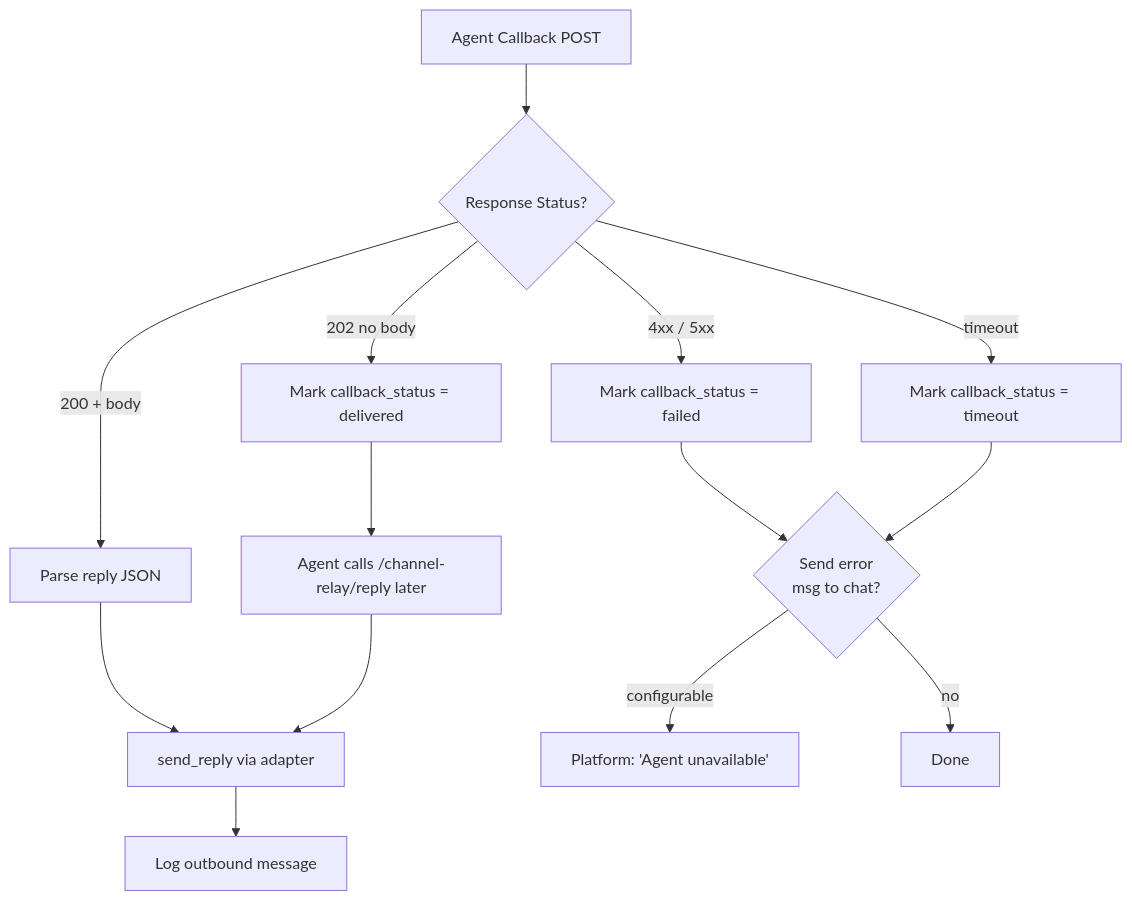
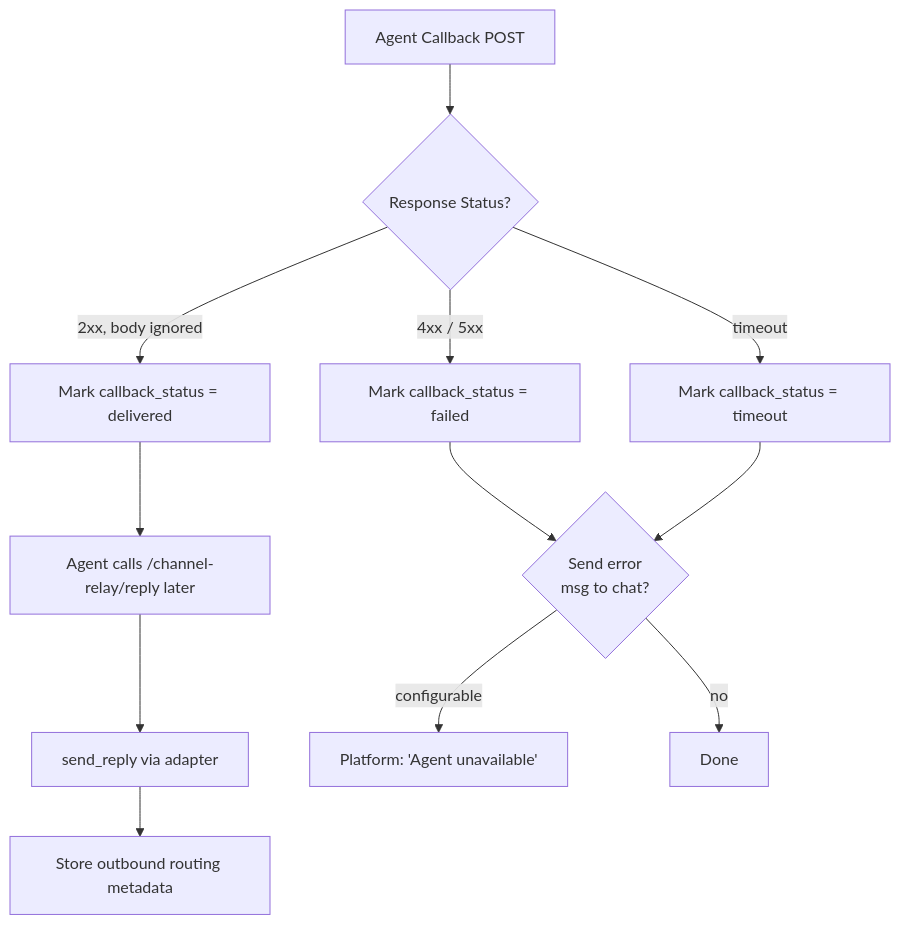
The tenth of 17 diagrams in docs/CHANNEL_BOT_RELAY.md (ChronoAIProject/NyxID), drawn with Mermaid before and after one commit. The commit also changed other lines of this file and 68 other files, not shown here.

````diff
--- a/docs/CHANNEL_BOT_RELAY.md
+++ b/docs/CHANNEL_BOT_RELAY.md
@@ -900,20 +1001,17 @@
 ```mermaid
 flowchart TD
     CB[Agent Callback POST] --> STATUS{Response Status?}
 
-    STATUS -->|200 + body| SYNC[Parse reply JSON]
-    SYNC --> SEND[send_reply via adapter]
-    SEND --> LOG_OUT[Log outbound message]
-
-    STATUS -->|202 no body| ASYNC[Mark callback_status = delivered]
+    STATUS -->|2xx, body ignored| ASYNC[Mark callback_status = delivered]
     ASYNC --> WAIT[Agent calls /channel-relay/reply later]
-    WAIT --> SEND
+    WAIT --> SEND[send_reply via adapter]
+    SEND --> LOG_OUT[Store outbound routing metadata]
 
     STATUS -->|4xx / 5xx| ERR[Mark callback_status = failed]
     ERR --> OPT{Send error<br/>msg to chat?}
     OPT -->|configurable| ERRMSG[Platform: 'Agent unavailable']
     OPT -->|no| DONE[Done]
 
     STATUS -->|timeout| TO[Mark callback_status = timeout]
     TO --> OPT
 ```
````
